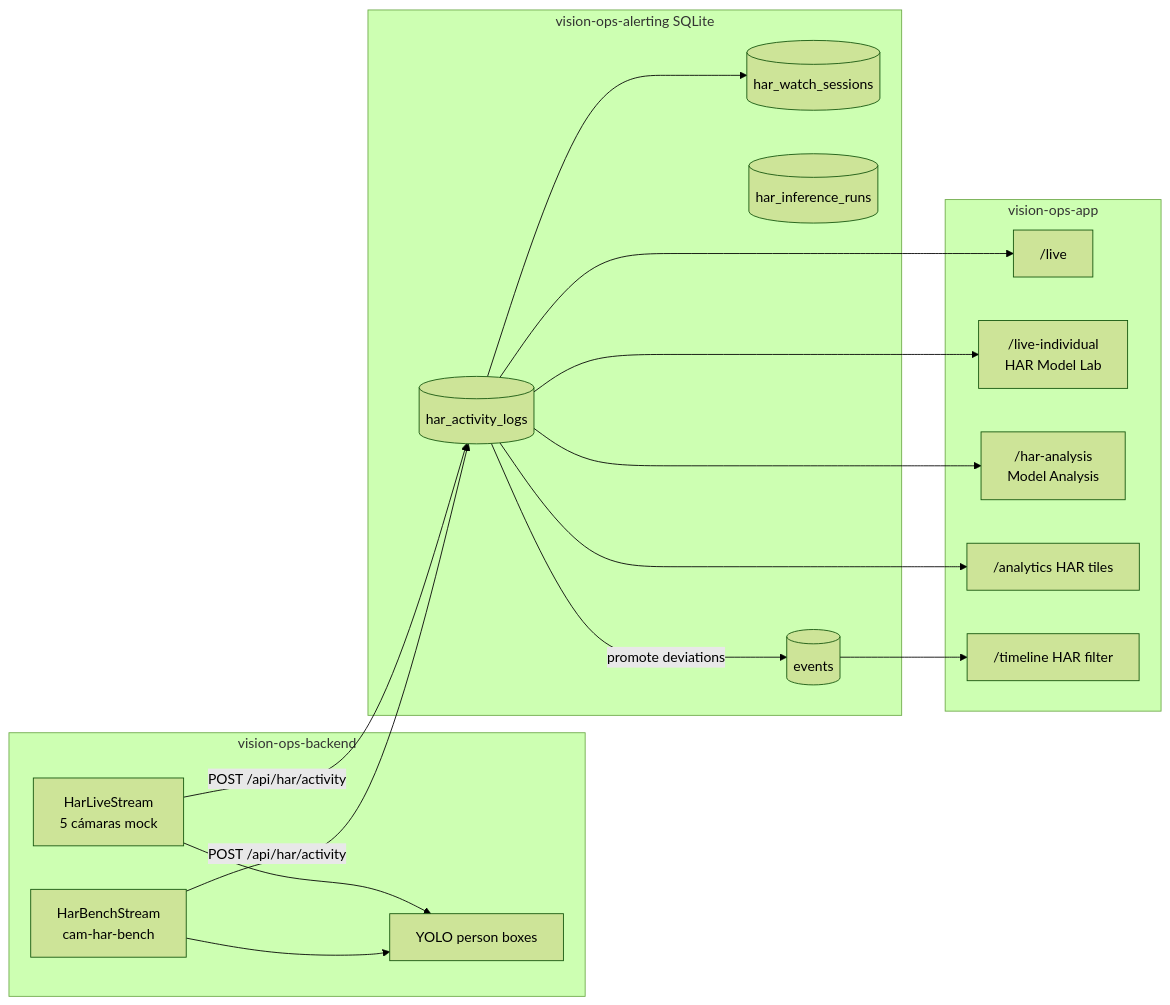
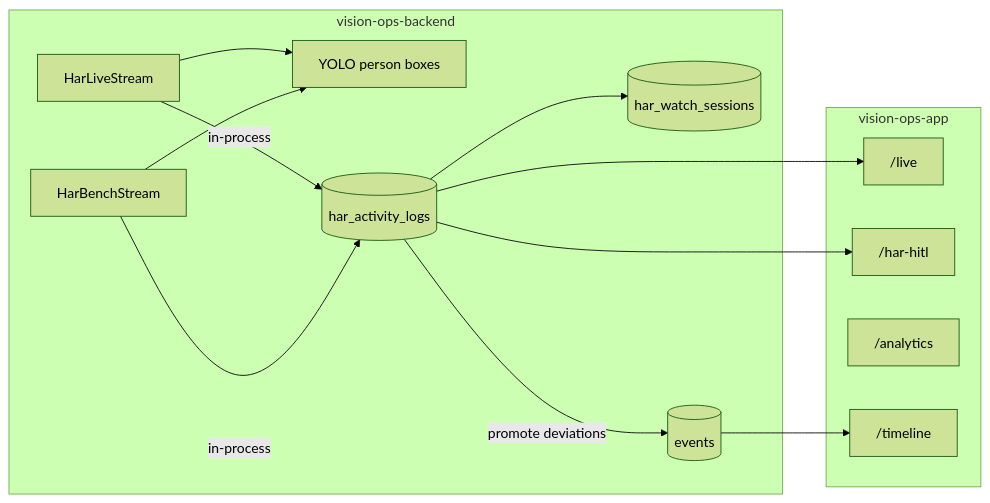
Before and after one commit to CarlosdelCastillo-Rey/AI-Co-Pilot-for-the-Production-Floor-See-Guide-Improve: the fifth of 6 diagrams in README.md, drawn with Mermaid (forest theme). The commit also changed other lines of this file and 305 other files, not shown here.

````diff
--- a/README.md
+++ b/README.md
@@ -268,32 +293,26 @@
 ```mermaid
 flowchart LR
     subgraph Backend8000["vision-ops-backend"]
-        LiveLoop["HarLiveStream<br/>5 cámaras mock"]
-        Bench["HarBenchStream<br/>cam-har-bench"]
+        LiveLoop["HarLiveStream"]
+        Bench["HarBenchStream"]
         YOLO["YOLO person boxes"]
-    end
-    subgraph Alerting8001["vision-ops-alerting SQLite"]
         Logs[(har_activity_logs)]
         Sessions[(har_watch_sessions)]
-        Runs[(har_inference_runs)]
         Events[(events)]
     end
     subgraph App3000["vision-ops-app"]
         LiveUI["/live"]
-        LabUI["/live-individual<br/>HAR Model Lab"]
-        AnalysisUI["/har-analysis<br/>Model Analysis"]
-        AnalyticsUI["/analytics HAR tiles"]
-        TimelineUI["/timeline HAR filter"]
+        HitlUI["/har-hitl"]
+        AnalysisUI["/analytics"]
+        TimelineUI["/timeline"]
     end
     LiveLoop --> YOLO
     Bench --> YOLO
-    LiveLoop -->|"POST /api/har/activity"| Logs
-    Bench -->|"POST /api/har/activity"| Logs
+    LiveLoop -->|"in-process"| Logs
+    Bench -->|"in-process"| Logs
     Logs --> Sessions
     Logs -->|"promote deviations"| Events
     Logs --> LiveUI
-    Logs --> LabUI
-    Logs --> AnalysisUI
-    Logs --> AnalyticsUI
+    Logs --> HitlUI
     Events --> TimelineUI
 ```
````
